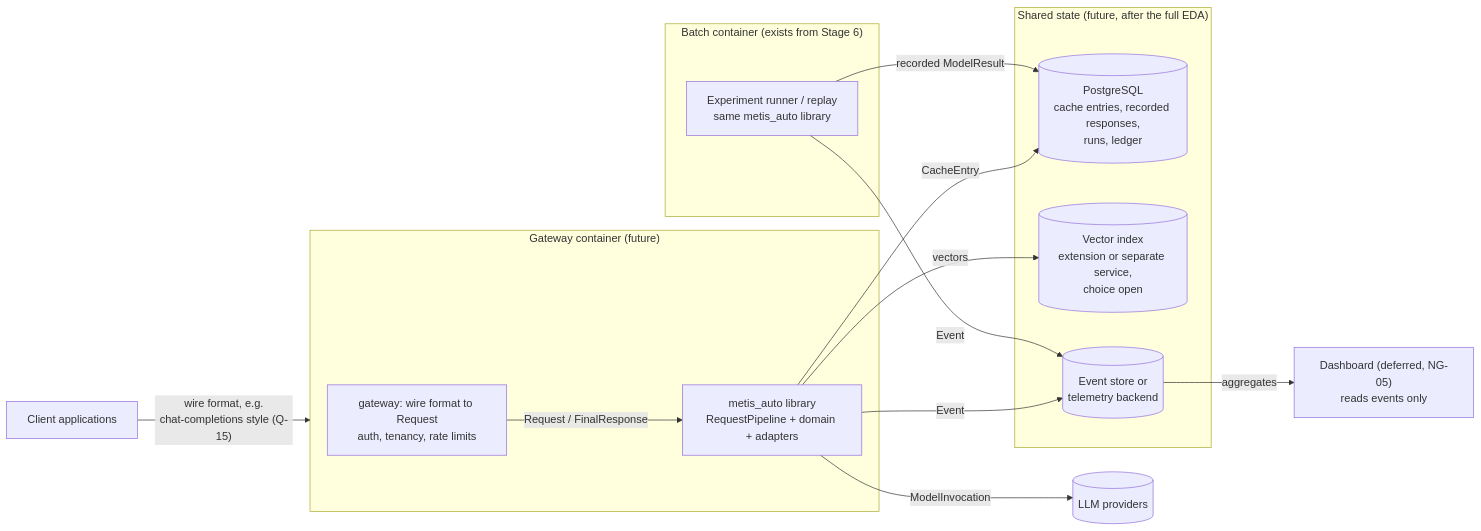
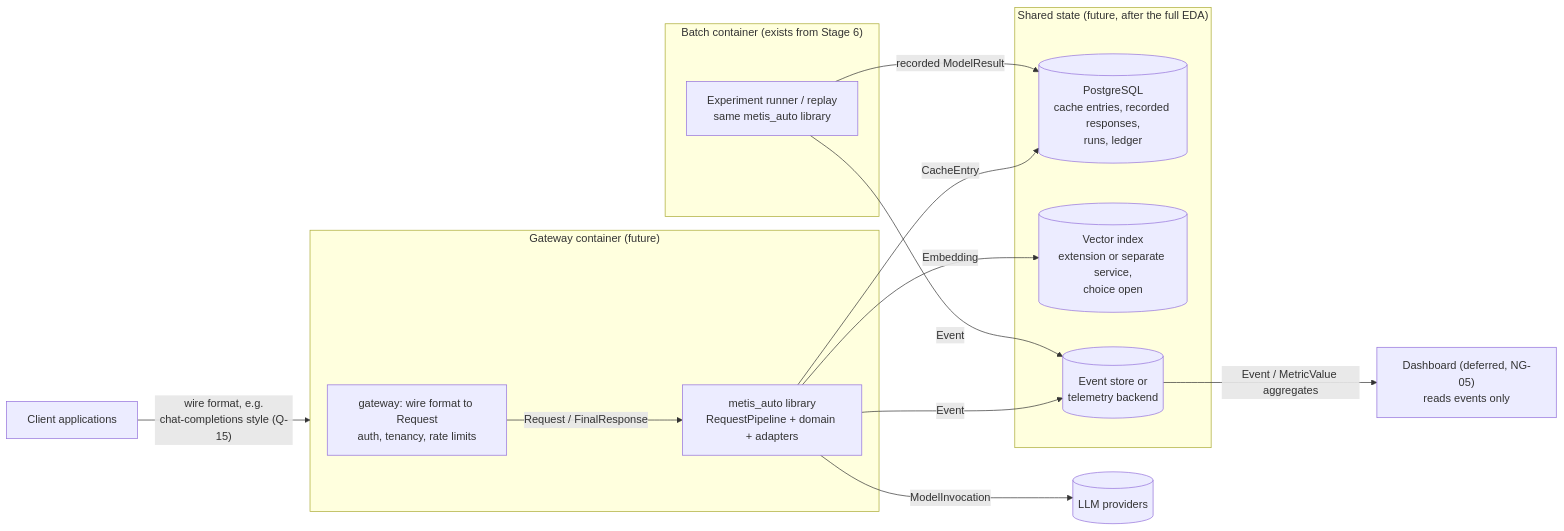
The diagram in docs/architecture/deployment_and_data.md (mahyamotamedi/metis-auto), drawn with Mermaid before and after one commit. The commit also changed 47 other files, not shown here.

````diff
--- a/docs/architecture/deployment_and_data.md
+++ b/docs/architecture/deployment_and_data.md
@@ -32,32 +32,32 @@
 ```mermaid
 %% Question: in a future online deployment, what are the deployable units, what state do they share, and what code does each reuse?
 flowchart LR
     client["Client applications"] -- "wire format, e.g.<br/>chat-completions style (Q-15)" --> gwc
 
     subgraph gwc["Gateway container (future)"]
         gwa["gateway: wire format to Request<br/>auth, tenancy, rate limits"]
         core["metis_auto library<br/>RequestPipeline + domain + adapters"]
         gwa -- "Request / FinalResponse" --> core
     end
 
     subgraph state["Shared state (future, after the full EDA)"]
         db[("PostgreSQL<br/>cache entries, recorded responses,<br/>runs, ledger")]
         vec[("Vector index<br/>extension or separate service,<br/>choice open")]
         evs[("Event store or<br/>telemetry backend")]
     end
 
     subgraph batch["Batch container (exists from Stage 6)"]
         runner["Experiment runner / replay<br/>same metis_auto library"]
     end
 
     dash["Dashboard (deferred, NG-05)<br/>reads events only"]
     prov[("LLM providers")]
 
     core -- "CacheEntry" --> db
-    core -- "vectors" --> vec
+    core -- "Embedding" --> vec
     core -- "Event" --> evs
     core -- "ModelInvocation" --> prov
     runner -- "Event" --> evs
     runner -- "recorded ModelResult" --> db
-    evs -- "aggregates" --> dash
+    evs -- "Event / MetricValue aggregates" --> dash
 ```
````
